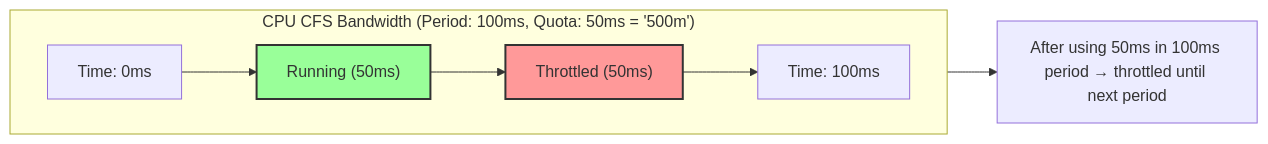
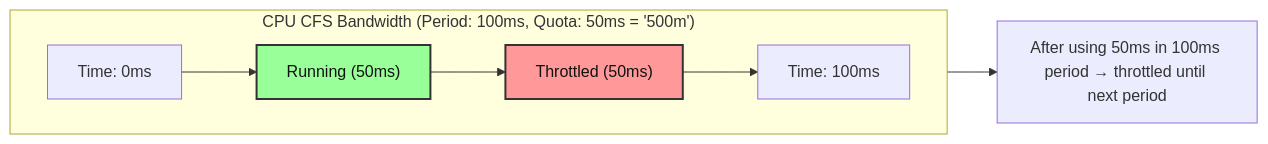
One commit to kube-dojo/kube-dojo.github.io changed the fifth of 7 diagrams in src/content/docs/linux/foundations/container-primitives/module-2.2-cgroups.md. Above: the diagram before and after it, drawn with Mermaid. The commit also changed other lines of this file and 16 other files, not shown here.

Commit message:
fix(content): complete English diagram foregrounds (#3446)

````diff
--- a/src/content/docs/linux/foundations/container-primitives/module-2.2-cgroups.md
+++ b/src/content/docs/linux/foundations/container-primitives/module-2.2-cgroups.md
@@ -261,13 +261,13 @@
 ```mermaid
 flowchart LR
     subgraph CFS_Bandwidth ["CPU CFS Bandwidth (Period: 100ms, Quota: 50ms = '500m')"]
         direction LR
         Start["Time: 0ms"] --> R["Running (50ms)"]
         R --> T["Throttled (50ms)"]
         T --> End["Time: 100ms"]
     end
     CFS_Bandwidth --> Note["After using 50ms in 100ms period → throttled until next period"]
     
-    style R fill:#99ff99,stroke:#333,stroke-width:2px
-    style T fill:#ff9999,stroke:#333,stroke-width:2px
+    style R fill:#99ff99,stroke:#333,stroke-width:2px,color:#111
+    style T fill:#ff9999,stroke:#333,stroke-width:2px,color:#111
 ```
````
